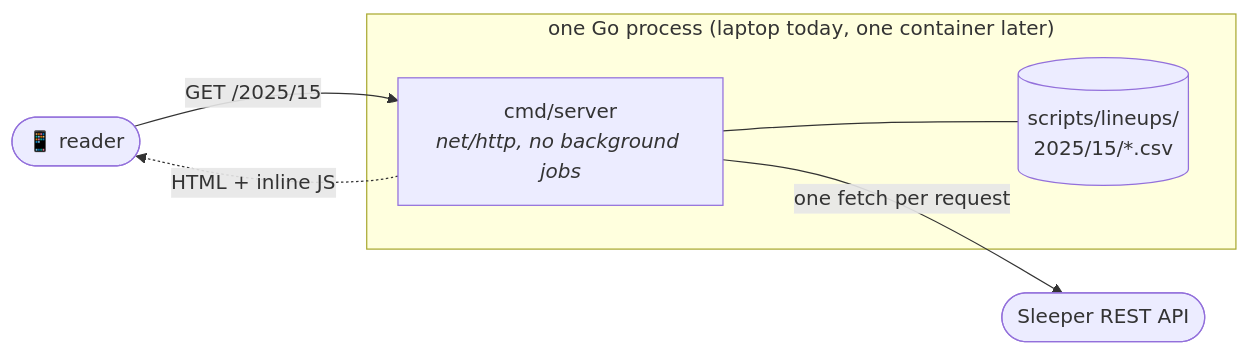
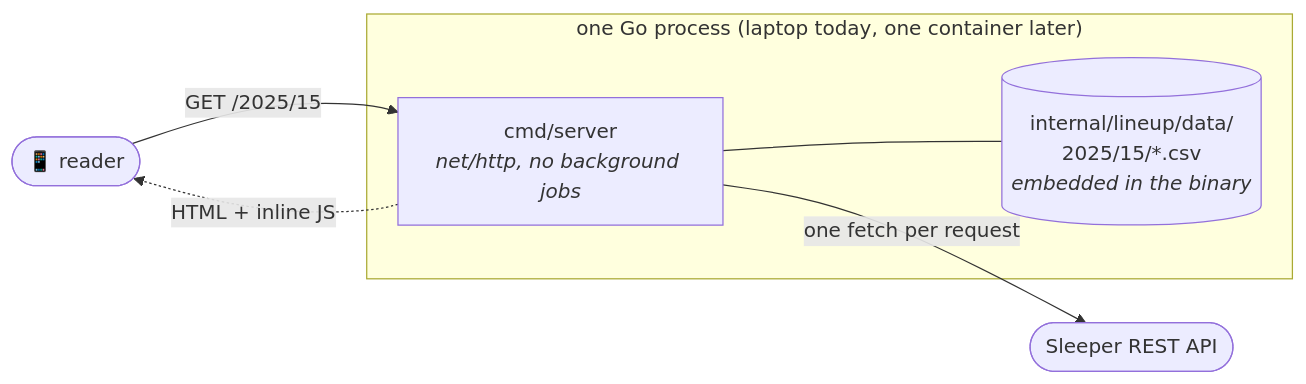
The first of 6 diagrams in docs/architecture.md (eshifrin-606/bojjaes), drawn with Mermaid before and after one commit. The commit also changed other lines of this file and 35 other files, not shown here.

First line of the commit message:
[feature] embed the lineup tree in the binary

````diff
--- a/docs/architecture.md
+++ b/docs/architecture.md
@@ -9,11 +9,11 @@
 ```mermaid
 graph LR
     reader(["📱 reader"]) -->|"GET /2025/15"| server
     subgraph box["one Go process (laptop today, one container later)"]
         server["cmd/server<br/><i>net/http, no background jobs</i>"]
-        tree[("scripts/lineups/<br/>2025/15/*.csv")]
+        tree[("internal/lineup/data/<br/>2025/15/*.csv<br/><i>embedded in the binary</i>")]
         server --- tree
     end
     server -->|"one fetch per request"| sleeper(["Sleeper REST API"])
     server -.->|"HTML + inline JS"| reader
 ```
````
